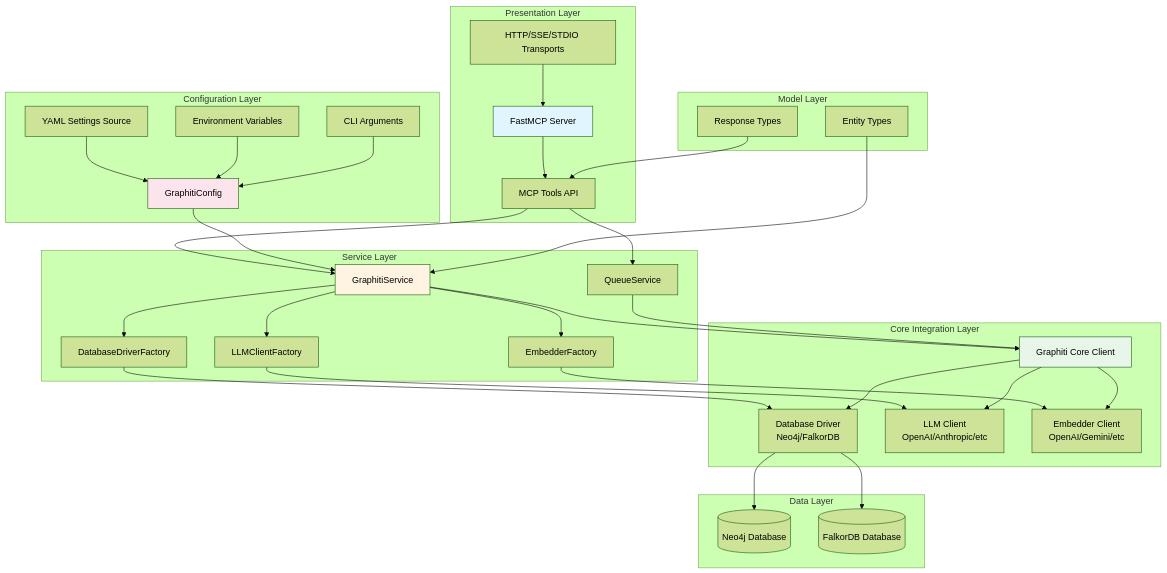
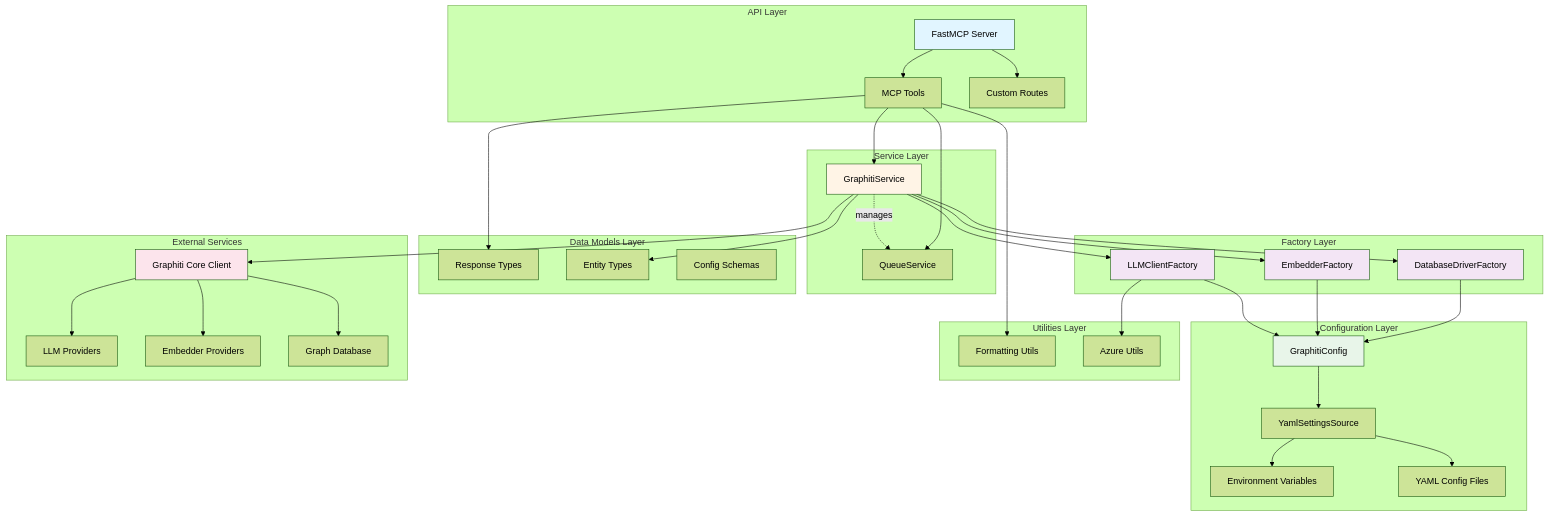
The first of 6 diagrams in architecture/diagrams/02_architecture_diagrams.md (donbr/graphiti-fastmcp), drawn with Mermaid (forest theme) before and after one commit. The commit also changed other lines of this file and 43 other files, not shown here.

````diff
--- a/architecture/diagrams/02_architecture_diagrams.md
+++ b/architecture/diagrams/02_architecture_diagrams.md
@@ -15,76 +20,75 @@
 ```mermaid
-flowchart TB
-    subgraph "Presentation Layer"
-        MCP[FastMCP Server]
-        TOOLS[MCP Tools API]
-        HTTP[HTTP/SSE/STDIO Transports]
+graph TB
+    subgraph "API Layer"
+        A1[FastMCP Server]
+        A2[MCP Tools]
+        A3[Custom Routes]
+        A1 --> A2
+        A1 --> A3
     end
 
     subgraph "Service Layer"
-        GS[GraphitiService]
-        QS[QueueService]
-        FACT[LLMClientFactory]
-        FEMBEDDER[EmbedderFactory]
-        FDB[DatabaseDriverFactory]
+        S1[GraphitiService]
+        S2[QueueService]
+        S1 -.manages.-> S2
     end
 
-    subgraph "Core Integration Layer"
-        GRAPHITI[Graphiti Core Client]
-        DRIVER[Database Driver<br/>Neo4j/FalkorDB]
-        LLM[LLM Client<br/>OpenAI/Anthropic/etc]
-        EMBEDDER[Embedder Client<br/>OpenAI/Gemini/etc]
+    subgraph "Factory Layer"
+        F1[LLMClientFactory]
+        F2[EmbedderFactory]
+        F3[DatabaseDriverFactory]
     end
 
     subgraph "Configuration Layer"
-        CONFIG[GraphitiConfig]
-        YAML[YAML Settings Source]
-        ENV[Environment Variables]
-        CLI[CLI Arguments]
+        C1[GraphitiConfig]
+        C2[YamlSettingsSource]
+        C3[Environment Variables]
+        C4[YAML Config Files]
+        C1 --> C2
+        C2 --> C3
+        C2 --> C4
     end
 
-    subgraph "Model Layer"
-        ENTITY[Entity Types]
-        RESPONSE[Response Types]
+    subgraph "Data Models Layer"
+        M1[Response Types]
+        M2[Entity Types]
+        M3[Config Schemas]
     end
 
-    subgraph "Data Layer"
-        NEO4J[(Neo4j Database)]
-        FALKOR[(FalkorDB Database)]
+    subgraph "Utilities Layer"
+        U1[Formatting Utils]
+        U2[Azure Utils]
     end
 
-    HTTP --> MCP
-    MCP --> TOOLS
-    TOOLS --> GS
-    TOOLS --> QS
+    subgraph "External Services"
+        E1[Graphiti Core Client]
+        E2[LLM Providers]
+        E3[Embedder Providers]
+        E4[Graph Database]
+        E1 --> E2
+        E1 --> E3
+        E1 --> E4
+    end
 
-    GS --> FACT
-    GS --> FEMBEDDER
-    GS --> FDB
+    A2 --> S1
+    A2 --> S2
+    S1 --> F1
+    S1 --> F2
+    S1 --> F3
+    F1 --> C1
+    F2 --> C1
+    F3 --> C1
+    S1 --> E1
+    A2 --> M1
+    S1 --> M2
+    F1 --> U2
+    A2 --> U1
 
-    FACT --> LLM
-    FEMBEDDER --> EMBEDDER
-    FDB --> DRIVER
-
-    GS --> GRAPHITI
-    GRAPHITI --> DRIVER
-    GRAPHITI --> LLM
-    GRAPHITI --> EMBEDDER
-
-    DRIVER --> NEO4J
-    DRIVER --> FALKOR
-
-    CONFIG --> GS
-    YAML --> CONFIG
-    ENV --> CONFIG
-    CLI --> CONFIG
-
-    ENTITY --> GS
-    RESPONSE --> TOOLS
-
-    QS --> GRAPHITI
-
-    style MCP fill:#e1f5ff
-    style GS fill:#fff4e1
-    style GRAPHITI fill:#e8f5e9
-    style CONFIG fill:#fce4ec
+    style A1 fill:#e1f5ff
+    style S1 fill:#fff4e6
+    style F1 fill:#f3e5f5
+    style F2 fill:#f3e5f5
+    style F3 fill:#f3e5f5
+    style C1 fill:#e8f5e9
+    style E1 fill:#fce4ec
 ```
````
